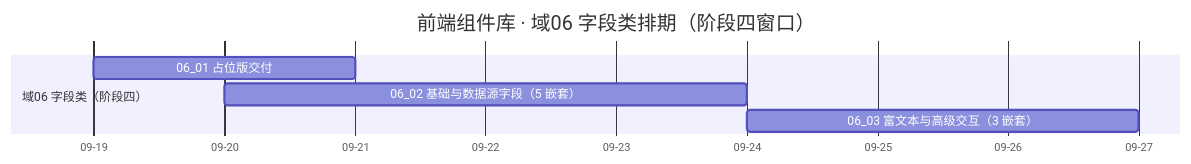
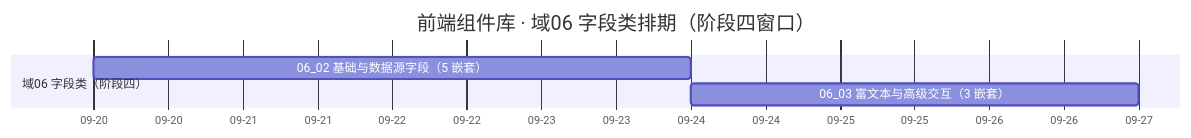
The diagram in bms文档/项目/04_前端组件库/计划/01_计划_前端组件库.md (minjian123/basic-management-system), drawn with Mermaid before and after one commit. The commit also changed other lines of this file and 4 other files, not shown here.

````diff
--- a/bms文档/项目/04_前端组件库/计划/01_计划_前端组件库.md
+++ b/bms文档/项目/04_前端组件库/计划/01_计划_前端组件库.md
@@ -60,10 +60,9 @@
 ```mermaid
 gantt
     title 前端组件库 · 域06 字段类排期（阶段四窗口）
     dateFormat  YYYY-MM-DD
     axisFormat %m-%d
     section 域06 字段类（阶段四）
-    06_01 占位版交付                 :f01, 2026-09-19, 2d
     06_02 基础与数据源字段（5 嵌套） :f02, 2026-09-20, 4d
     06_03 富文本与高级交互（3 嵌套） :f03, 2026-09-24, 3d
 ```
````
